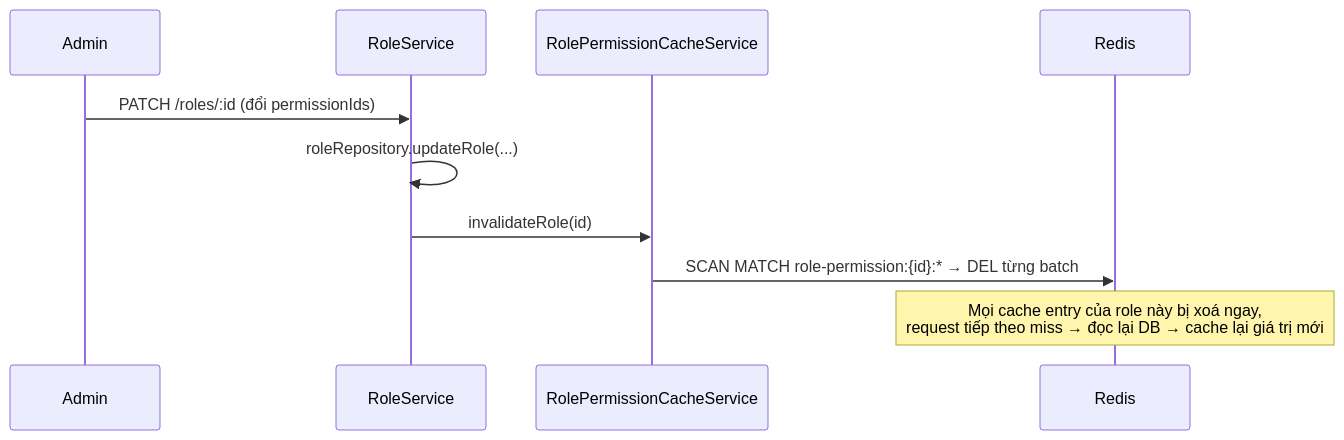
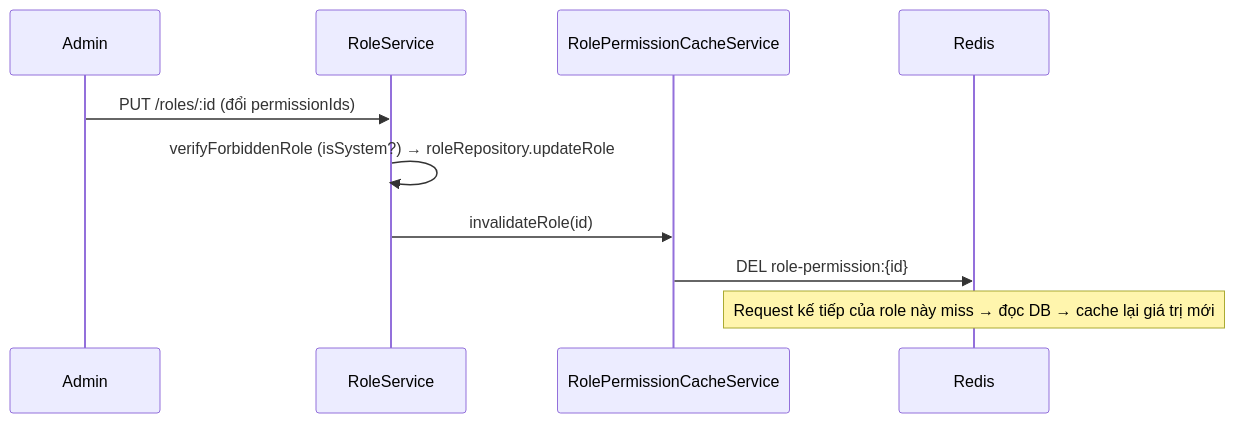
Before and after one commit to dangxuanthangqt/ecom: the third of 3 diagrams in docs/redis-role-permission-cache.md, drawn with Mermaid. The commit also changed other lines of this file and 11 other files, not shown here.

````diff
--- a/docs/redis-role-permission-cache.md
+++ b/docs/redis-role-permission-cache.md
@@ -127,13 +120,13 @@
 ```mermaid
 sequenceDiagram
     participant Admin
     participant RoleService
     participant Cache as RolePermissionCacheService
     participant Redis
 
-    Admin->>RoleService: PATCH /roles/:id (đổi permissionIds)
-    RoleService->>RoleService: roleRepository.updateRole(...)
+    Admin->>RoleService: PUT /roles/:id (đổi permissionIds)
+    RoleService->>RoleService: verifyForbiddenRole (isSystem?) → roleRepository.updateRole
     RoleService->>Cache: invalidateRole(id)
-    Cache->>Redis: SCAN MATCH role-permission:{id}:* → DEL từng batch
-    Note over Redis: Mọi cache entry của role này bị xoá ngay,<br/>request tiếp theo miss → đọc lại DB → cache lại giá trị mới
+    Cache->>Redis: DEL role-permission:{id}
+    Note over Redis: Request kế tiếp của role này miss → đọc DB → cache lại giá trị mới
 ```
````
